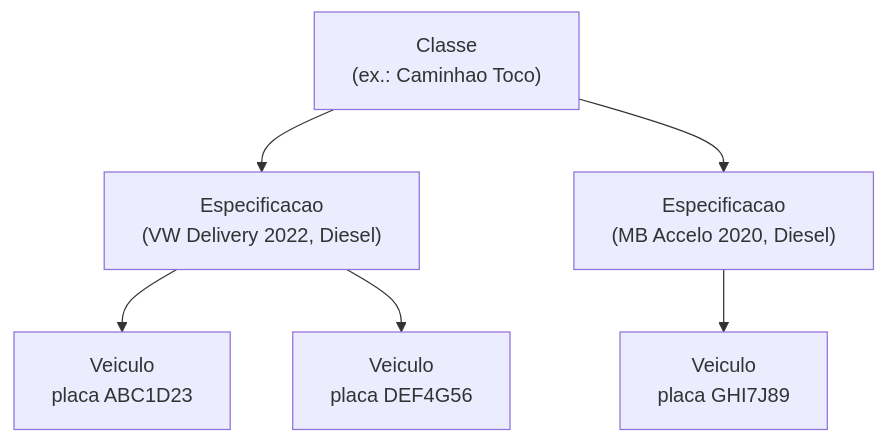
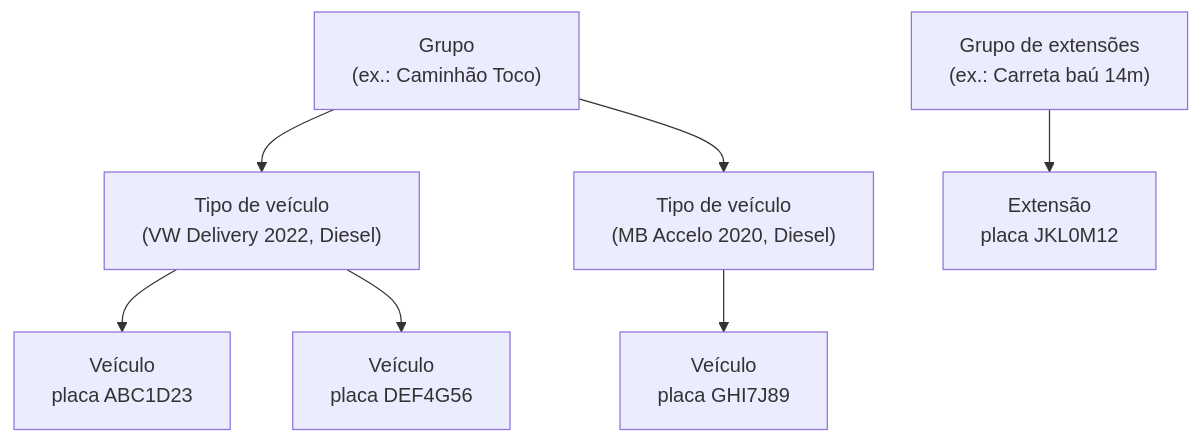
Before and after one commit to LocFlowTeam/locflow-docs: the diagram in cadastros/frota.md, drawn with Mermaid. The commit also changed other lines of this file and 18 other files, not shown here.

````diff
--- a/cadastros/frota.md
+++ b/cadastros/frota.md
@@ -70,8 +30,9 @@
 ```mermaid
 flowchart TD
-    C["Classe<br/>(ex.: Caminhao Toco)"] --> E1["Especificacao<br/>(VW Delivery 2022, Diesel)"]
-    C --> E2["Especificacao<br/>(MB Accelo 2020, Diesel)"]
-    E1 --> V1["Veiculo<br/>placa ABC1D23"]
-    E1 --> V2["Veiculo<br/>placa DEF4G56"]
-    E2 --> V3["Veiculo<br/>placa GHI7J89"]
+    G["Grupo<br/>(ex.: Caminhão Toco)"] --> T1["Tipo de veículo<br/>(VW Delivery 2022, Diesel)"]
+    G --> T2["Tipo de veículo<br/>(MB Accelo 2020, Diesel)"]
+    T1 --> V1["Veículo<br/>placa ABC1D23"]
+    T1 --> V2["Veículo<br/>placa DEF4G56"]
+    T2 --> V3["Veículo<br/>placa GHI7J89"]
+    GE["Grupo de extensões<br/>(ex.: Carreta baú 14m)"] --> E1["Extensão<br/>placa JKL0M12"]
 ```
````
